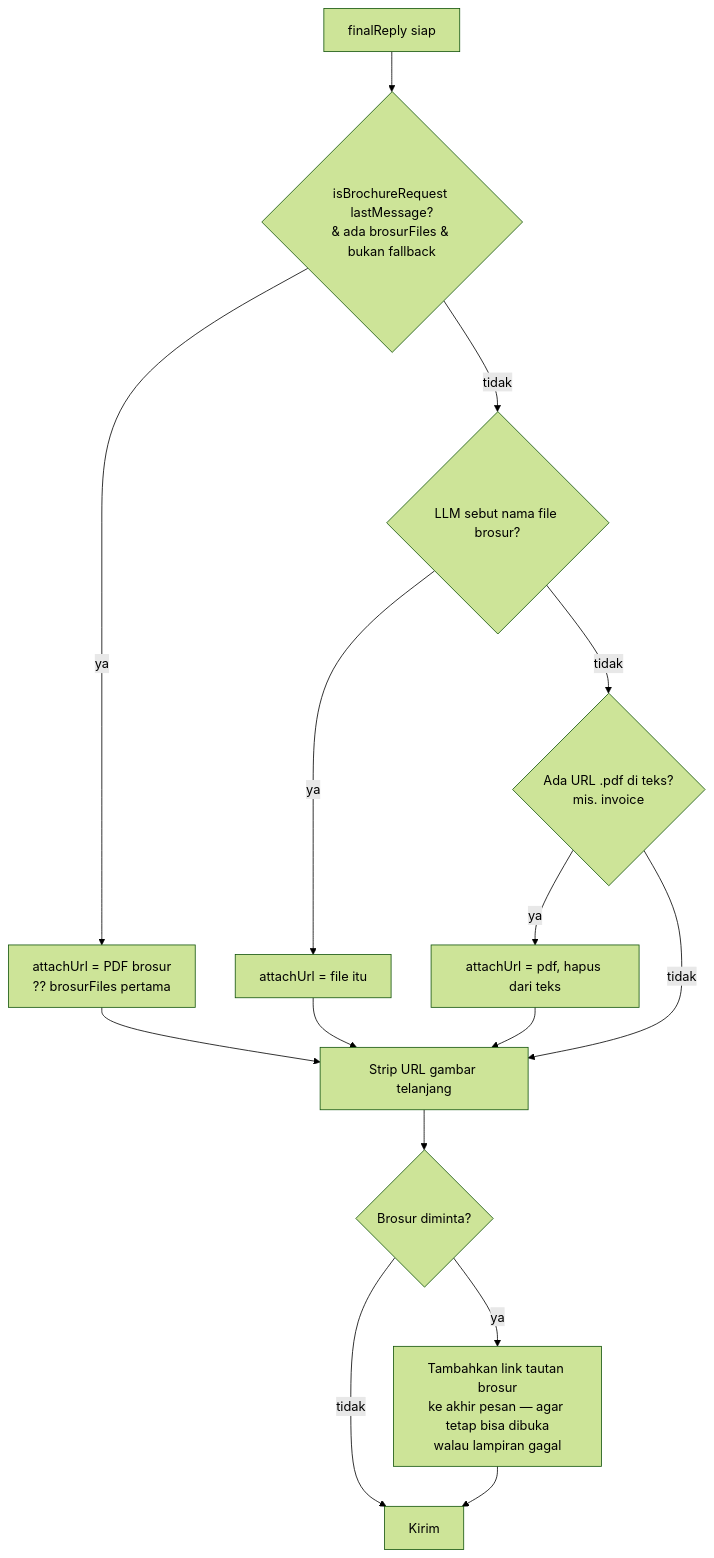
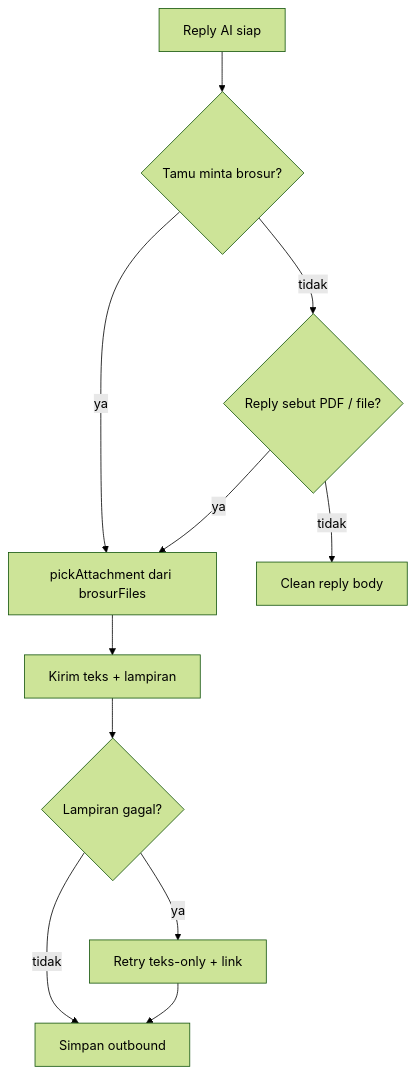
Before and after one commit to pomahguesthouse-cyber/new-pomah: the fourth of 6 diagrams in docs/chatbot-flow.md, drawn with Mermaid (forest theme). The commit also changed other lines of this file, not shown here.

Commit message:
docs: align chatbot flow with queue pipeline

````diff
--- a/docs/chatbot-flow.md
+++ b/docs/chatbot-flow.md
@@ -78,15 +107,13 @@
 ```mermaid
 flowchart TD
-    A[finalReply siap] --> B{isBrochureRequest lastMessage?<br/>& ada brosurFiles & bukan fallback}
-    B -- ya --> C[attachUrl = PDF brosur<br/>?? brosurFiles pertama]
-    B -- tidak --> D{LLM sebut nama file brosur?}
-    C --> E
-    D -- ya --> C2[attachUrl = file itu] --> E
-    D -- tidak --> F{Ada URL .pdf di teks?<br/>mis. invoice}
-    F -- ya --> G[attachUrl = pdf, hapus dari teks] --> E
-    F -- tidak --> E[Strip URL gambar telanjang]
-    E --> H{Brosur diminta?}
-    H -- ya --> I[Tambahkan link tautan brosur<br/>ke akhir pesan — agar tetap bisa dibuka<br/>walau lampiran gagal]
-    H -- tidak --> J[Kirim]
-    I --> J
+    A[Reply AI siap] --> B{Tamu minta brosur?}
+    B -- ya --> C[pickAttachment dari brosurFiles]
+    B -- tidak --> D{Reply sebut PDF / file?}
+    D -- ya --> C
+    D -- tidak --> E[Clean reply body]
+    C --> F[Kirim teks + lampiran]
+    F --> G{Lampiran gagal?}
+    G -- ya --> H[Retry teks-only + link]
+    G -- tidak --> I[Simpan outbound]
+    H --> I
 ```
````
